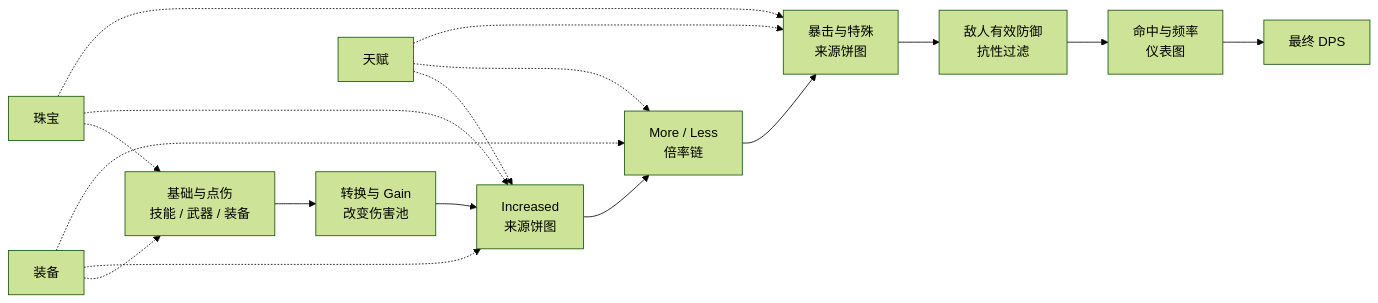
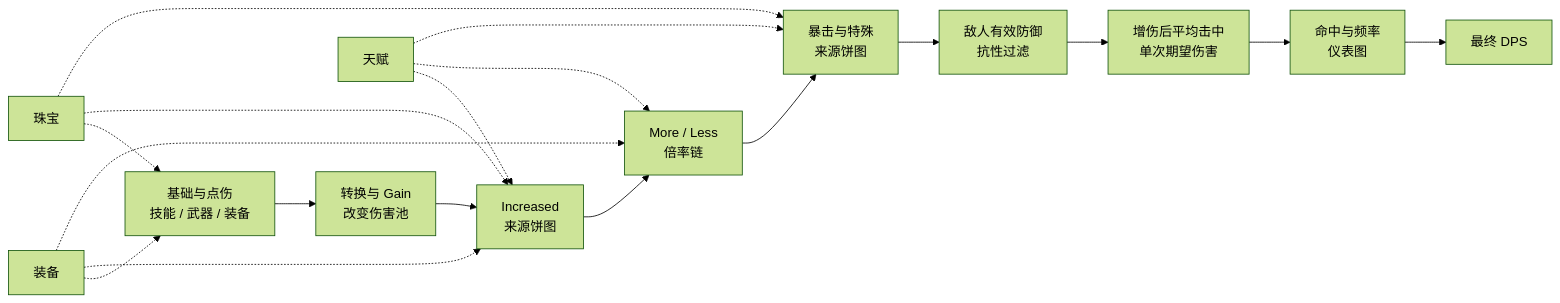
One commit to yoyofx/superpoe changed the second of 2 diagrams in docs/damage-structure-report-design.md. Above: the diagram before and after it, drawn with Mermaid (forest theme). The commit also changed other lines of this file and 15 other files, not shown here.

````diff
--- a/docs/damage-structure-report-design.md
+++ b/docs/damage-structure-report-design.md
@@ -662,20 +686,21 @@
 ```mermaid
 flowchart LR
     A["基础与点伤<br/>技能 / 武器 / 装备"] --> B["转换与 Gain<br/>改变伤害池"]
     B --> C["Increased<br/>来源饼图"]
     C --> D["More / Less<br/>倍率链"]
     D --> E["暴击与特殊<br/>来源饼图"]
     E --> F["敌人有效防御<br/>抗性过滤"]
-    F --> G["命中与频率<br/>仪表图"]
-    G --> H["最终 DPS"]
+    F --> G["增伤后平均击中<br/>单次期望伤害"]
+    G --> H["命中与频率<br/>仪表图"]
+    H --> I["最终 DPS"]
 
-    I["装备"] -.-> A
-    I -.-> C
-    I -.-> D
-    J["天赋"] -.-> C
+    J["装备"] -.-> A
+    J -.-> C
     J -.-> D
-    J -.-> E
-    K["珠宝"] -.-> A
-    K -.-> C
+    K["天赋"] -.-> C
+    K -.-> D
     K -.-> E
+    L["珠宝"] -.-> A
+    L -.-> C
+    L -.-> E
 ```
````
